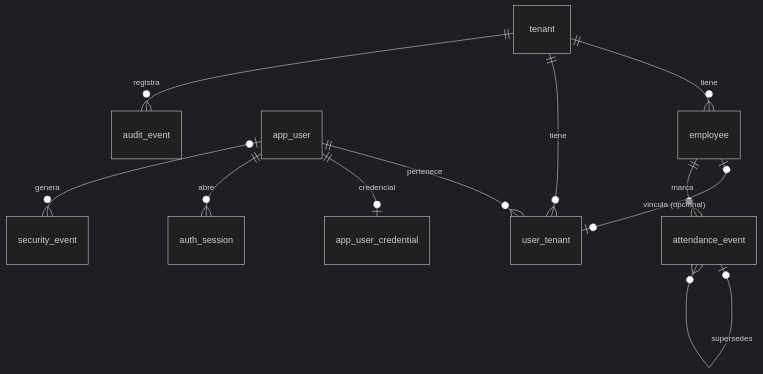
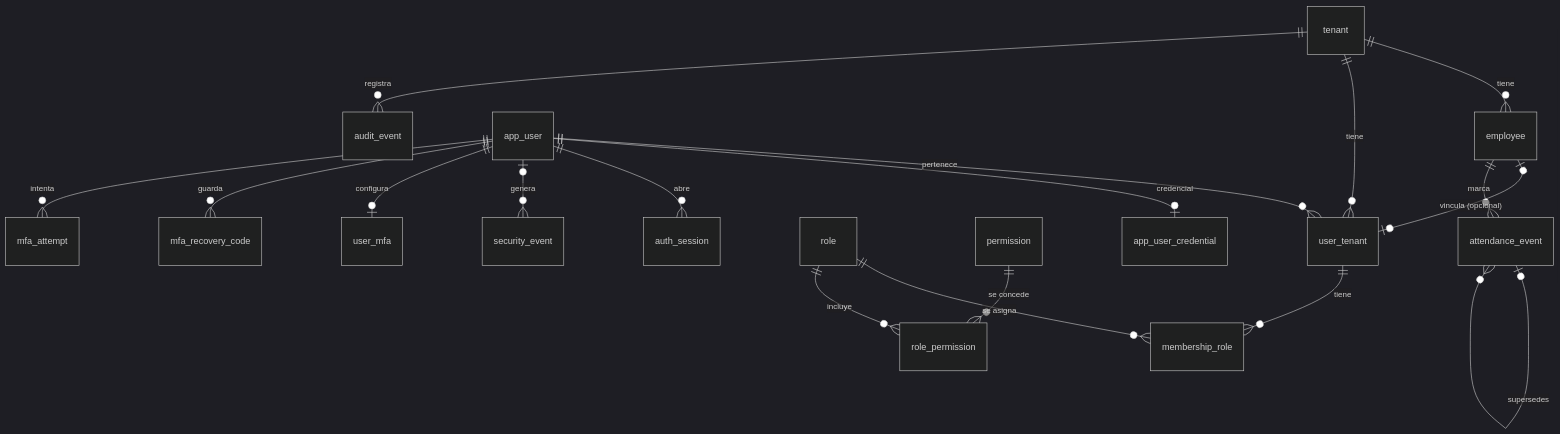
Before and after one commit to echucuan/puntuale: the diagram in docs/data-model/README.md, drawn with Mermaid (dark theme). The commit also changed other lines of this file and 7 other files, not shown here.

````diff
--- a/docs/data-model/README.md
+++ b/docs/data-model/README.md
@@ -7,13 +7,20 @@
 ```mermaid
 erDiagram
   tenant ||--o{ employee : "tiene"
   tenant ||--o{ user_tenant : "tiene"
   app_user ||--o{ user_tenant : "pertenece"
   employee |o--o| user_tenant : "vincula (opcional)"
   employee ||--o{ attendance_event : "marca"
   attendance_event |o--o{ attendance_event : "supersedes"
   tenant ||--o{ audit_event : "registra"
   app_user ||--o| app_user_credential : "credencial"
   app_user ||--o{ auth_session : "abre"
   app_user |o--o{ security_event : "genera"
+  user_tenant ||--o{ membership_role : "tiene"
+  role ||--o{ membership_role : "se asigna"
+  role ||--o{ role_permission : "incluye"
+  permission ||--o{ role_permission : "se concede"
+  app_user ||--o| user_mfa : "configura"
+  app_user ||--o{ mfa_recovery_code : "guarda"
+  app_user ||--o{ mfa_attempt : "intenta"
 ```
````
